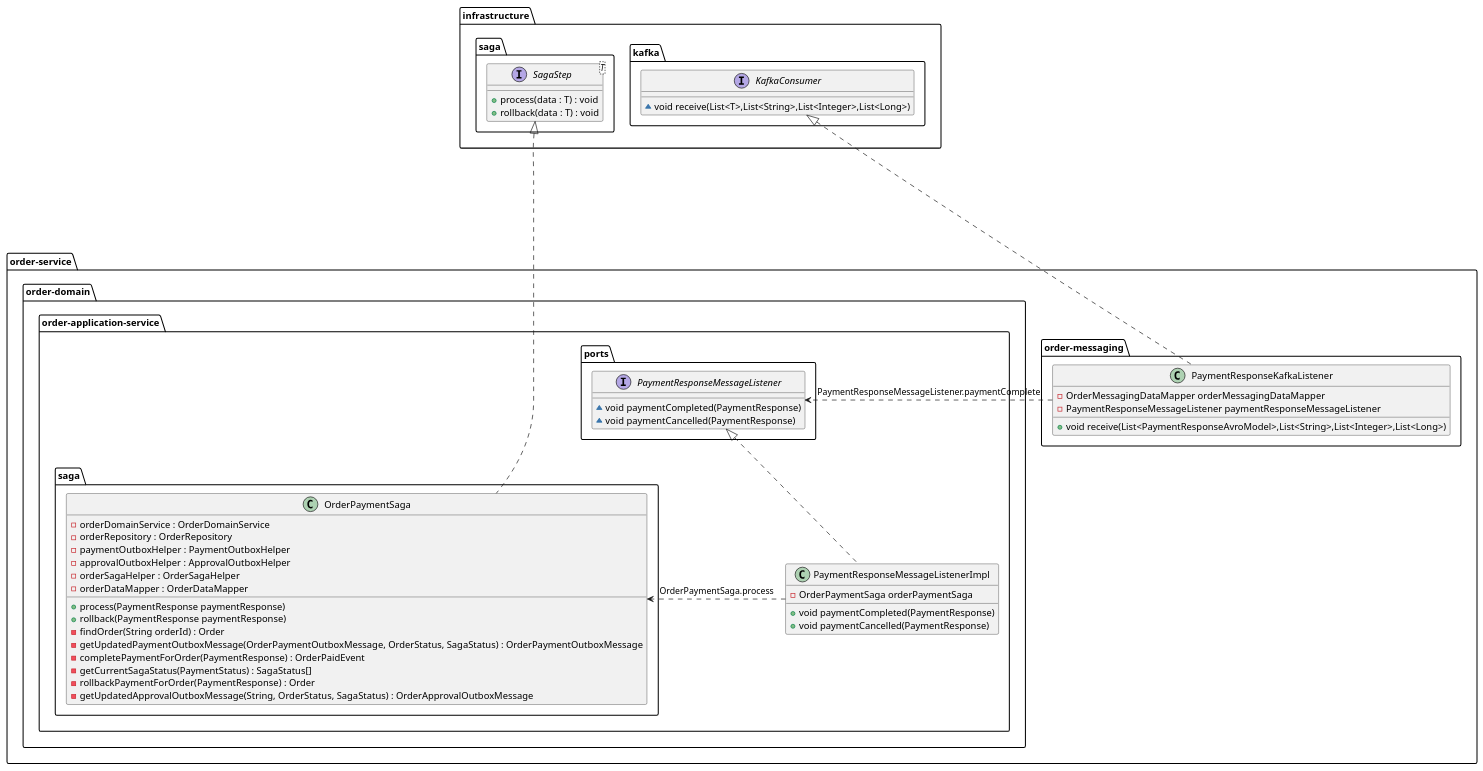
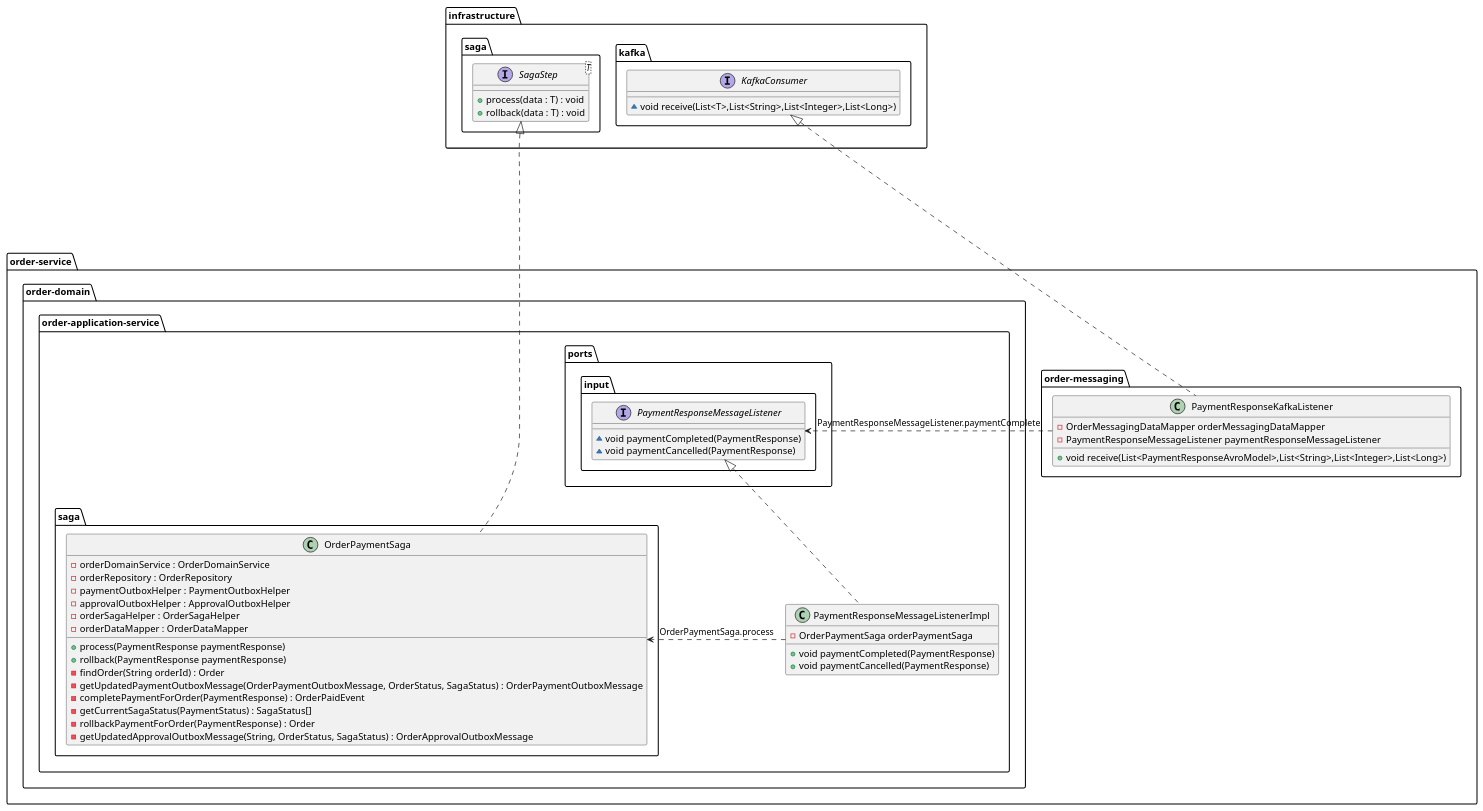
One commit to RockkLee/clean-hexagonal-architecture-kafka-saga-outbox changed the diagram in uml/kafka_consumer_paymentResponse/class_diagram.puml. Above: the diagram before and after it, drawn with PlantUML. The commit also changed 2 other files, not shown here.

Commit message:
Rearrange the UML layouts

```diff
--- a/uml/kafka_consumer_paymentResponse/class_diagram.puml
+++ b/uml/kafka_consumer_paymentResponse/class_diagram.puml
@@ -1,52 +1,52 @@
 @startuml
 interface infrastructure.kafka.KafkaConsumer {
 ~ void receive(List<T>,List<String>,List<Integer>,List<Long>)
 }
 class order-service.order-messaging.PaymentResponseKafkaListener {
 - OrderMessagingDataMapper orderMessagingDataMapper
 - PaymentResponseMessageListener paymentResponseMessageListener
 + void receive(List<PaymentResponseAvroModel>,List<String>,List<Integer>,List<Long>)
 }
-interface order-service.order-domain.order-application-service.ports.PaymentResponseMessageListener {
+interface order-service.order-domain.order-application-service.ports.input.PaymentResponseMessageListener {
 ~ void paymentCompleted(PaymentResponse)
 ~ void paymentCancelled(PaymentResponse)
 }
 class order-service.order-domain.order-application-service.PaymentResponseMessageListenerImpl {
 - OrderPaymentSaga orderPaymentSaga
 + void paymentCompleted(PaymentResponse)
 + void paymentCancelled(PaymentResponse)
 }
 
 interface infrastructure.saga.SagaStep<T> {
     +process(data : T) : void
     +rollback(data : T) : void
 }
 class order-service.order-domain.order-application-service.saga.OrderPaymentSaga {
     -orderDomainService : OrderDomainService
     -orderRepository : OrderRepository
     -paymentOutboxHelper : PaymentOutboxHelper
     -approvalOutboxHelper : ApprovalOutboxHelper
     -orderSagaHelper : OrderSagaHelper
     -orderDataMapper : OrderDataMapper
 
     +process(PaymentResponse paymentResponse)
     +rollback(PaymentResponse paymentResponse)
     -findOrder(String orderId) : Order
     -getUpdatedPaymentOutboxMessage(OrderPaymentOutboxMessage, OrderStatus, SagaStatus) : OrderPaymentOutboxMessage
     -completePaymentForOrder(PaymentResponse) : OrderPaidEvent
     -getCurrentSagaStatus(PaymentStatus) : SagaStatus[]
     -rollbackPaymentForOrder(PaymentResponse) : Order
     -getUpdatedApprovalOutboxMessage(String, OrderStatus, SagaStatus) : OrderApprovalOutboxMessage
 }
 
 SagaStep <|....OrderPaymentSaga
 KafkaConsumer <|.. PaymentResponseKafkaListener
 KafkaConsumer ..d[hidden].. PaymentResponseKafkaListener
 PaymentResponseKafkaListener ..r..> PaymentResponseMessageListener: PaymentResponseMessageListener.paymentComplete
 PaymentResponseKafkaListener ..r[hidden].. PaymentResponseMessageListenerImpl
 PaymentResponseKafkaListener ..r[hidden].. OrderPaymentSaga
 SagaStep ..r[hidden]..OrderPaymentSaga
 SagaStep ..r[hidden]..PaymentResponseMessageListener
 PaymentResponseMessageListener <|.. PaymentResponseMessageListenerImpl
 PaymentResponseMessageListenerImpl ..r..> OrderPaymentSaga: OrderPaymentSaga.process
 @enduml
```
